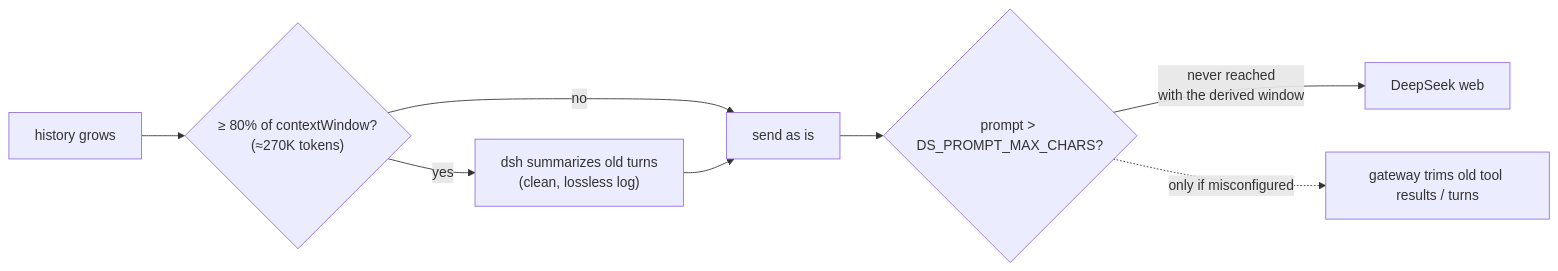
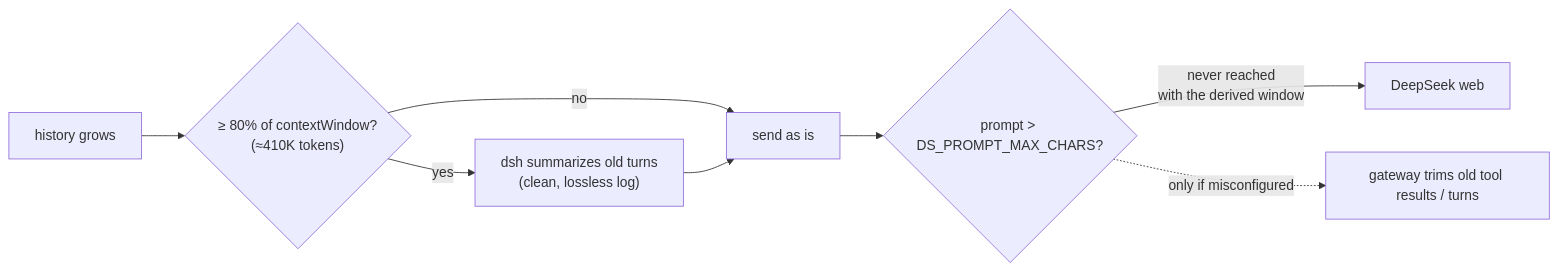
Before and after one commit to RuriMeiko/whalegate: the eighth of 10 diagrams in README.md, drawn with Mermaid. The commit also changed other lines of this file and 6 other files, not shown here.

Commit message:
v0.5.11: default context window 512K (DS_CONTEXT_TOKENS 512000, DS_PROMPT_MAX_CHARS 1822000)

````diff
--- a/README.md
+++ b/README.md
@@ -599,10 +599,10 @@
 ```mermaid
 flowchart LR
-    A["history grows"] --> B{"≥ 80% of contextWindow?<br/>(≈270K tokens)"}
+    A["history grows"] --> B{"≥ 80% of contextWindow?<br/>(≈410K tokens)"}
     B -- "yes" --> C["dsh summarizes old turns<br/>(clean, lossless log)"]
     B -- "no" --> D["send as is"]
     C --> D
     D --> E{"prompt > DS_PROMPT_MAX_CHARS?"}
     E -- "never reached<br/>with the derived window" --> F["DeepSeek web"]
     E -. "only if misconfigured" .-> G["gateway trims old tool results / turns"]
 ```
````
